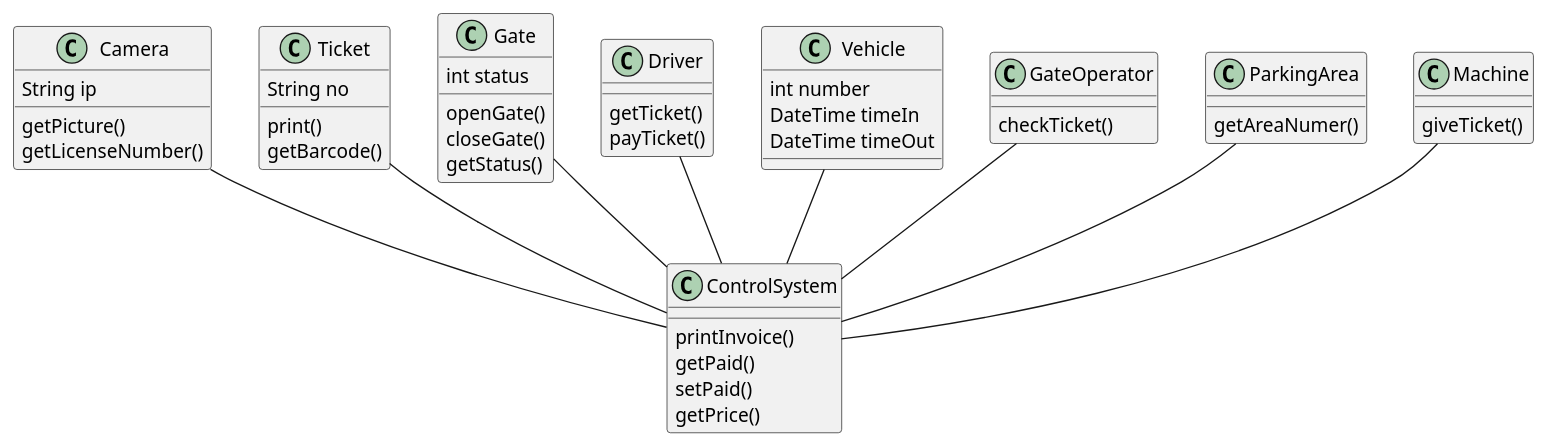
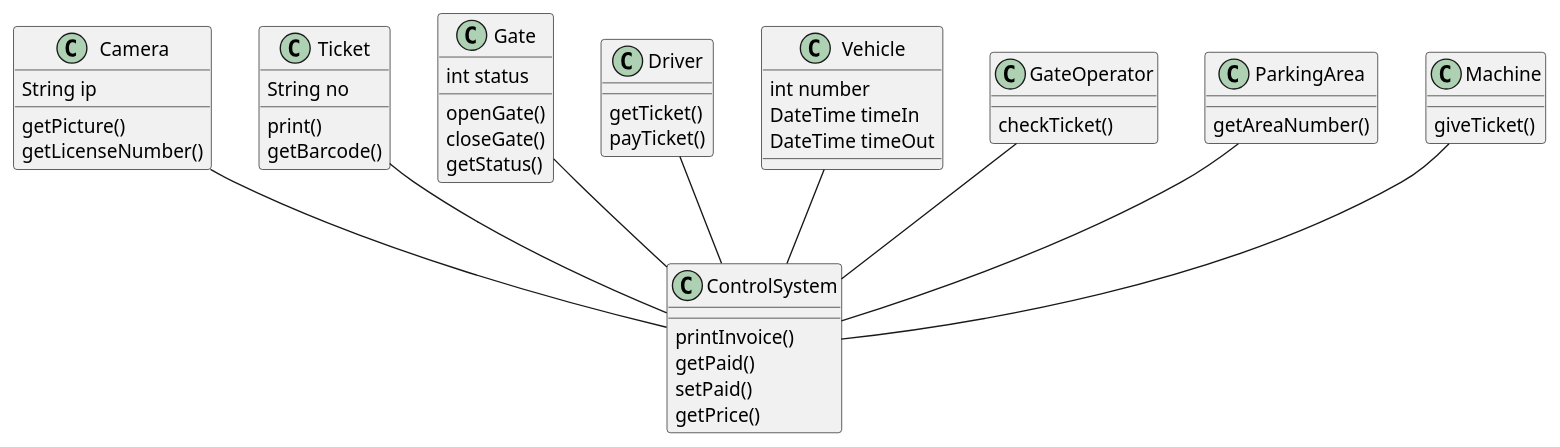
Before and after one commit to billymontolalu/thesis: the diagram in src/parkiran/case18.puml, drawn with PlantUML. The commit also changed 6 other files, not shown here.

```diff
--- a/src/parkiran/case18.puml
+++ b/src/parkiran/case18.puml
@@ -1,41 +1,41 @@
 @startuml
 Camera : String ip
 Camera : getPicture()
 Camera : getLicenseNumber()
 
 ControlSystem : printInvoice()
 ControlSystem : getPaid()
 ControlSystem : setPaid()
 ControlSystem : getPrice()
 
 Ticket : String no
 Ticket : print()
 Ticket : getBarcode()
 
 Gate : int status
 Gate : openGate()
 Gate : closeGate()
 Gate : getStatus()
 
 Driver : getTicket()
 Driver : payTicket()
 
 Vehicle : int number
 Vehicle : DateTime timeIn
 Vehicle : DateTime timeOut
 
 GateOperator : checkTicket()
 
-ParkingArea : getAreaNumer()
+ParkingArea : getAreaNumber()
 
 Machine : giveTicket()
 
 Camera -- ControlSystem
 Gate -- ControlSystem
 Ticket -- ControlSystem
 Driver -- ControlSystem
 Vehicle -- ControlSystem
 GateOperator -- ControlSystem
 ParkingArea -- ControlSystem
 Machine -- ControlSystem
 @enduml
```
